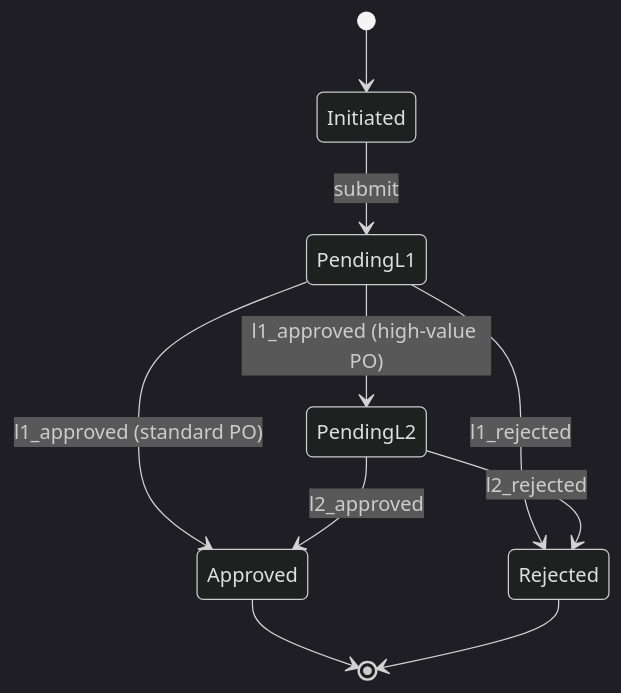
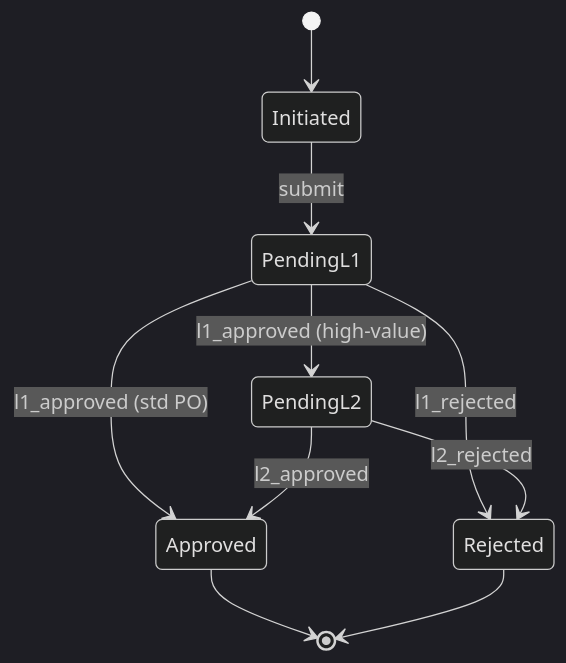
Before and after one commit to wahidyankf/baseerah: the fourth of 4 diagrams in apps/ayokoding-www/content/en/learn/software-engineering/software-architecture/domain-driven-design-ddd/in-procedural-by-example/advanced.md, drawn with Mermaid (dark theme). The commit also changed 88 other files, not shown here.

First line of the commit message:
fix(ayokoding-www): resolve pre-existing Mermaid violations, exclude fixtures/plans-done

````diff
--- a/apps/ayokoding-www/content/en/learn/software-engineering/software-architecture/domain-driven-design-ddd/in-procedural-by-example/advanced.md
+++ b/apps/ayokoding-www/content/en/learn/software-engineering/software-architecture/domain-driven-design-ddd/in-procedural-by-example/advanced.md
@@ -1795,12 +1795,12 @@
 ```mermaid
 stateDiagram-v2
     [*] --> Initiated
     Initiated --> PendingL1: submit
-    PendingL1 --> PendingL2: l1_approved #40;high-value PO#41;
-    PendingL1 --> Approved: l1_approved #40;standard PO#41;
+    PendingL1 --> PendingL2: l1_approved #40;high-value#41;
+    PendingL1 --> Approved: l1_approved #40;std PO#41;
     PendingL2 --> Approved: l2_approved
     PendingL1 --> Rejected: l1_rejected
     PendingL2 --> Rejected: l2_rejected
     Approved --> [*]
     Rejected --> [*]
 ```
````
